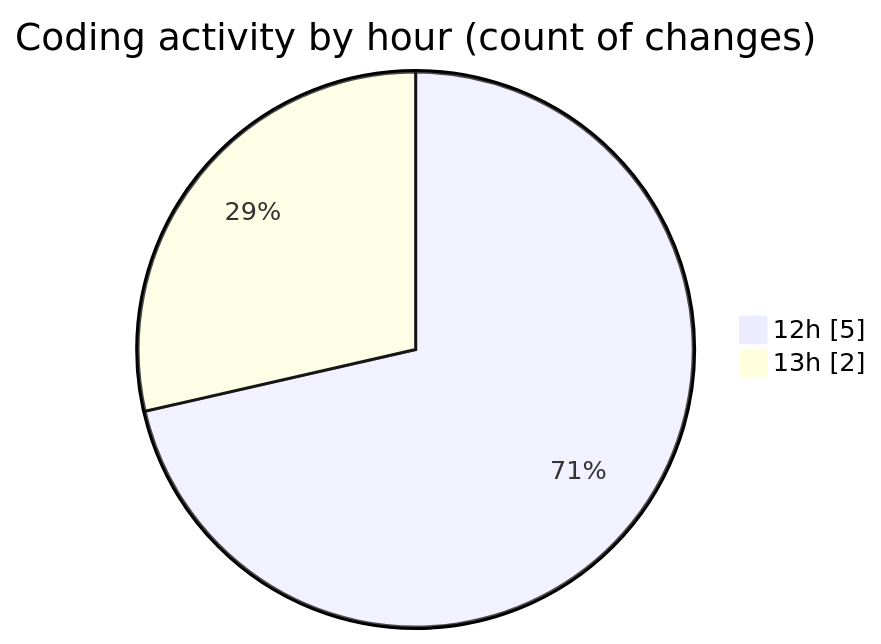
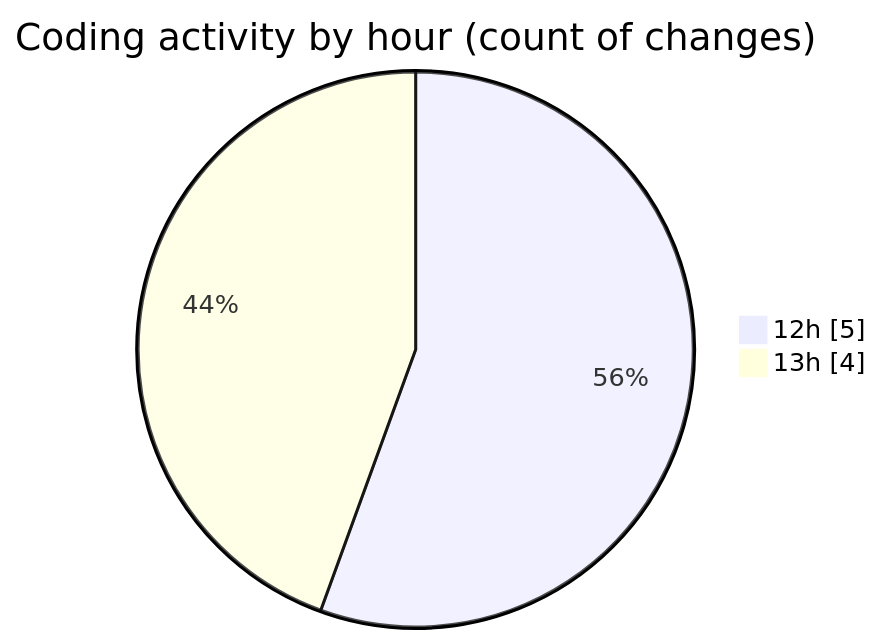
The second of 2 diagrams in 2025-04-19/myws__workspace_/README.md (MatusMokan/code-tracking), drawn with Mermaid before and after one commit. The commit also changed other lines of this file and 1 other file, not shown here.

````diff
--- a/2025-04-19/myws__workspace_/README.md
+++ b/2025-04-19/myws__workspace_/README.md
@@ -30,6 +30,6 @@
 ```mermaid
 pie showData
 title Coding activity by hour (count of changes)
 "12h" : 5
-"13h" : 2
+"13h" : 4
 ```
````
